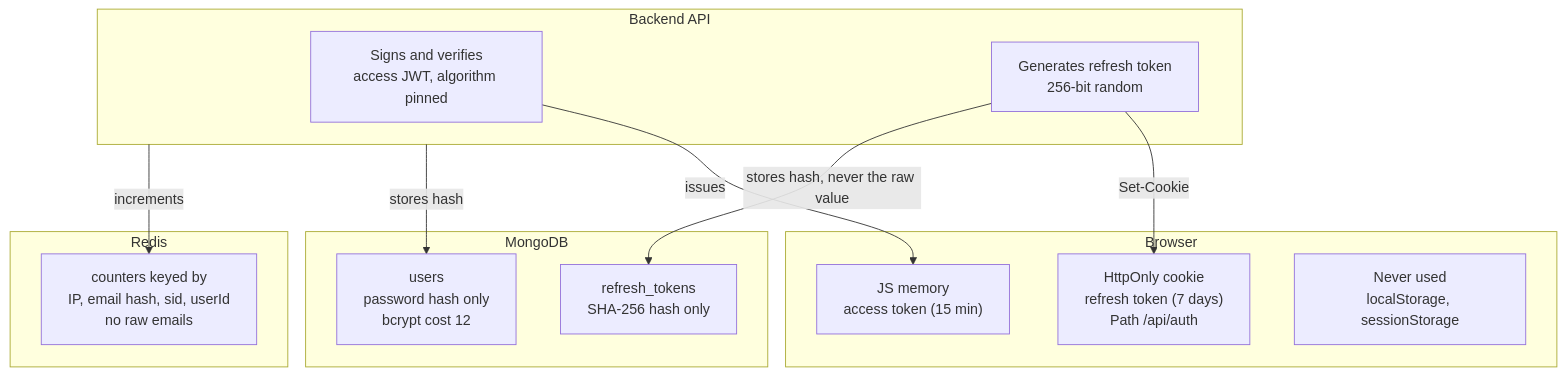
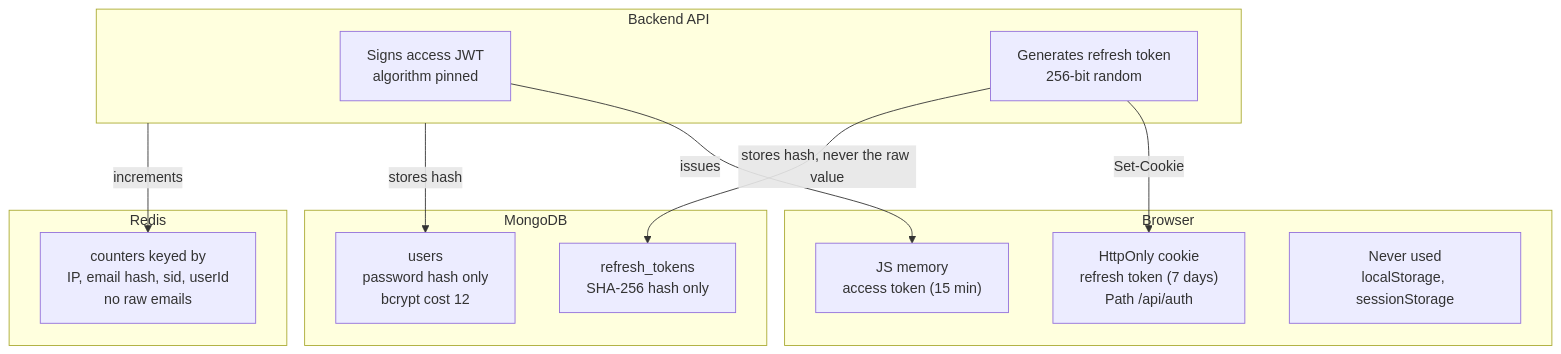
The second of 4 diagrams in docs/architecture/c2-container.md (Rowan-habashy/easyGenerator-auth), drawn with Mermaid before and after one commit. The commit also changed other lines of this file and 4 other files, not shown here.

````diff
--- a/docs/architecture/c2-container.md
+++ b/docs/architecture/c2-container.md
@@ -30,25 +32,25 @@
 ```mermaid
 flowchart TB
     subgraph browser[Browser]
         mem["JS memory<br/>access token (15 min)"]
         cookie["HttpOnly cookie<br/>refresh token (7 days)<br/>Path /api/auth"]
         nostore["Never used<br/>localStorage, sessionStorage"]
     end
     subgraph api[Backend API]
-        jwt["Signs and verifies<br/>access JWT, algorithm pinned"]
+        jwt["Signs access JWT<br/>algorithm pinned"]
         gen["Generates refresh token<br/>256-bit random"]
     end
     subgraph mongo[MongoDB]
         hash["refresh_tokens<br/>SHA-256 hash only"]
         pw["users<br/>password hash only<br/>bcrypt cost 12"]
     end
     subgraph redis[Redis]
         cnt["counters keyed by<br/>IP, email hash, sid, userId<br/>no raw emails"]
     end
 
     jwt -- "issues" --> mem
     gen -- "Set-Cookie" --> cookie
     gen -- "stores hash, never the raw value" --> hash
     api -- "stores hash" --> pw
     api -- "increments" --> cnt
 ```
````
